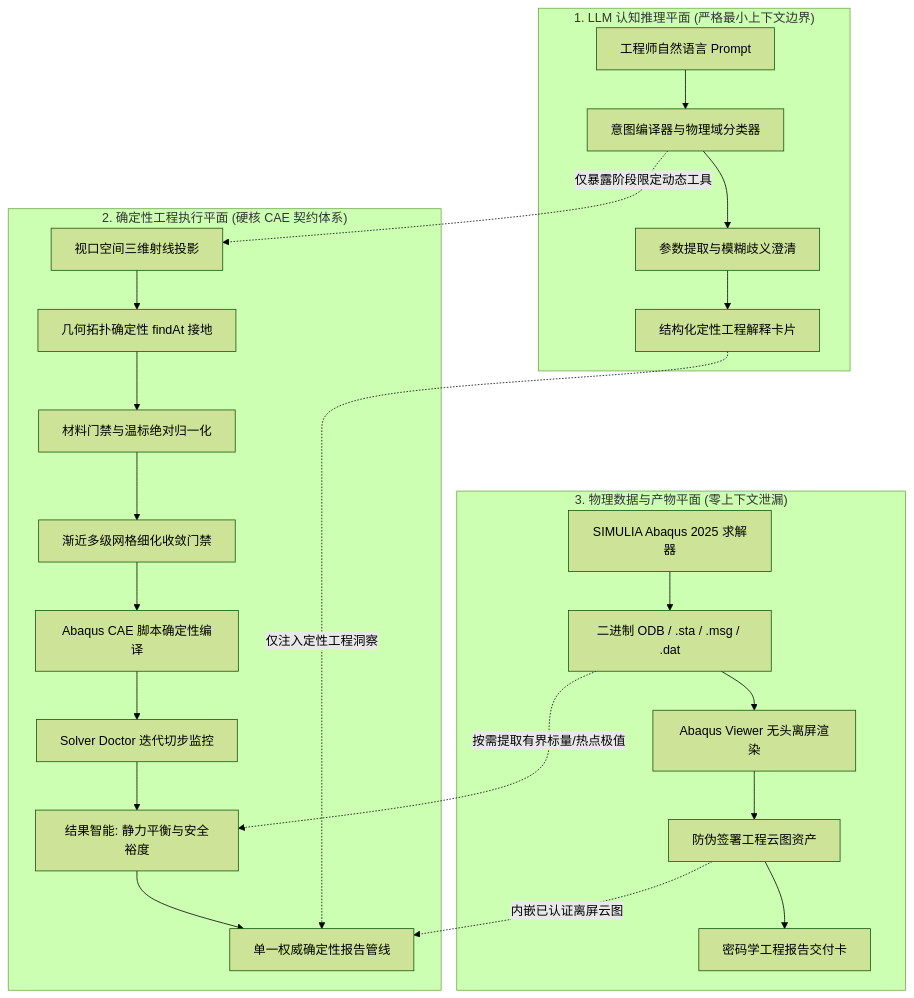
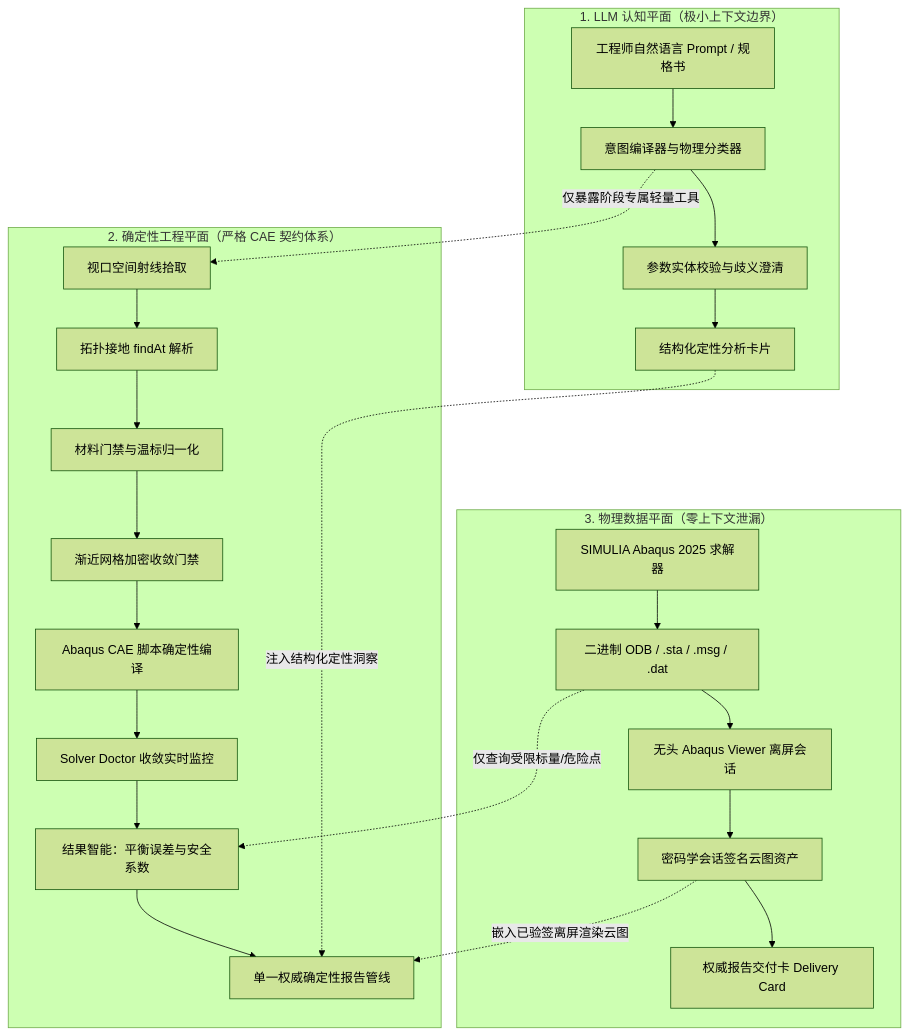
One commit to chenlei-gh/Abaqus-AI-Agent changed the second of 2 diagrams in README_CN.md. Above: the diagram before and after it, drawn with Mermaid (forest theme). The commit also changed other lines of this file and 1 other file, not shown here.

First line of the commit message:
Overhaul README for 4D acceptance and schema gates

````diff
--- a/README_CN.md
+++ b/README_CN.md
@@ -65,30 +66,30 @@
 ```mermaid
 flowchart TD
-    subgraph Cognitive_Plane["1. LLM 认知推理平面 (严格最小上下文边界)"]
-        A[工程师自然语言 Prompt] --> B[意图编译器与物理域分类器]
-        B --> C[参数提取与模糊歧义澄清]
-        C --> D[结构化定性工程解释卡片]
+    subgraph Cognitive_Plane["1. LLM 认知平面（极小上下文边界）"]
+        A[工程师自然语言 Prompt / 规格书] --> B[意图编译器与物理分类器]
+        B --> C[参数实体校验与歧义澄清]
+        C --> D[结构化定性分析卡片]
     end
 
-    subgraph Engineering_Plane["2. 确定性工程执行平面 (硬核 CAE 契约体系)"]
-        E[视口空间三维射线投影] --> F[几何拓扑确定性 findAt 接地]
-        F --> G[材料门禁与温标绝对归一化]
-        G --> H[渐近多级网格细化收敛门禁]
+    subgraph Engineering_Plane["2. 确定性工程平面（严格 CAE 契约体系）"]
+        E[视口空间射线拾取] --> F[拓扑接地 findAt 解析]
+        F --> G[材料门禁与温标归一化]
+        G --> H[渐近网格加密收敛门禁]
         H --> I[Abaqus CAE 脚本确定性编译]
-        I --> J[Solver Doctor 迭代切步监控]
-        J --> K[结果智能: 静力平衡与安全裕度]
+        I --> J[Solver Doctor 收敛实时监控]
+        J --> K[结果智能：平衡误差与安全系数]
         K --> L[单一权威确定性报告管线]
     end
 
-    subgraph Data_Plane["3. 物理数据与产物平面 (零上下文泄漏)"]
+    subgraph Data_Plane["3. 物理数据平面（零上下文泄漏）"]
         M[SIMULIA Abaqus 2025 求解器] --> N[二进制 ODB / .sta / .msg / .dat]
-        N --> O[Abaqus Viewer 无头离屏渲染]
-        O --> P[防伪签署工程云图资产]
-        P --> Q[密码学工程报告交付卡]
+        N --> O[无头 Abaqus Viewer 离屏会话]
+        O --> P[密码学会话签名云图资产]
+        P --> Q[权威报告交付卡 Delivery Card]
     end
 
-    B -.->|仅暴露阶段限定动态工具| E
-    D -.->|仅注入定性工程洞察| L
-    N -.->|按需提取有界标量/热点极值| K
-    P -.->|内嵌已认证离屏云图| L
+    B -.->|仅暴露阶段专属轻量工具| E
+    D -.->|注入结构化定性洞察| L
+    N -.->|仅查询受限标量/危险点| K
+    P -.->|嵌入已验签离屏渲染云图| L
 ```
````
